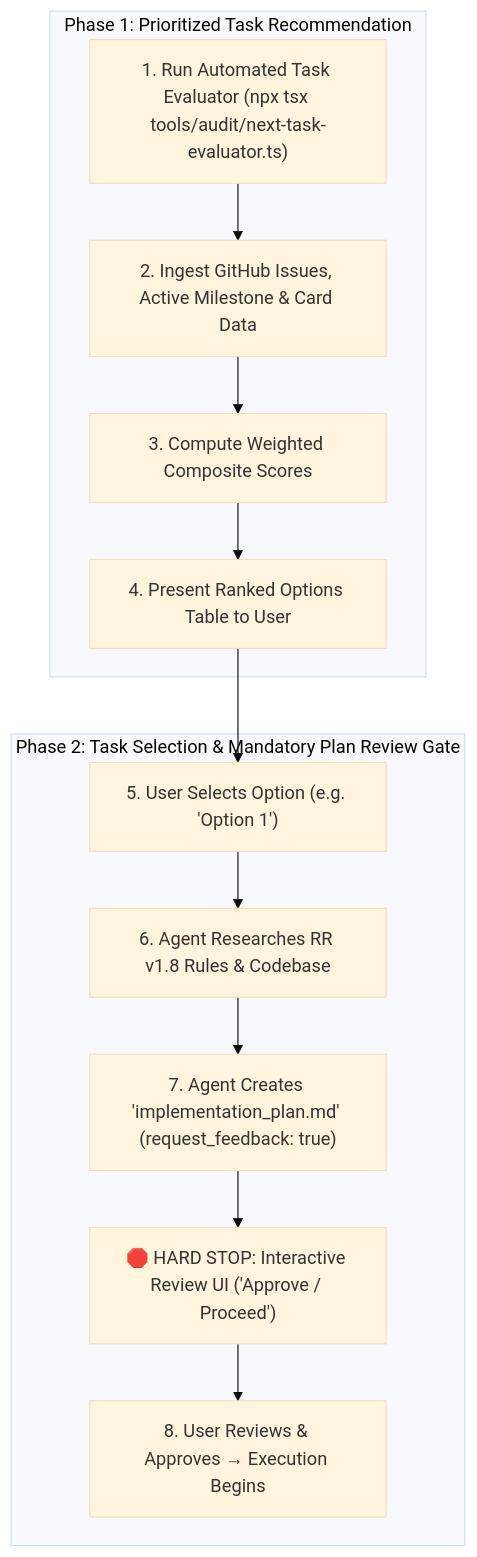
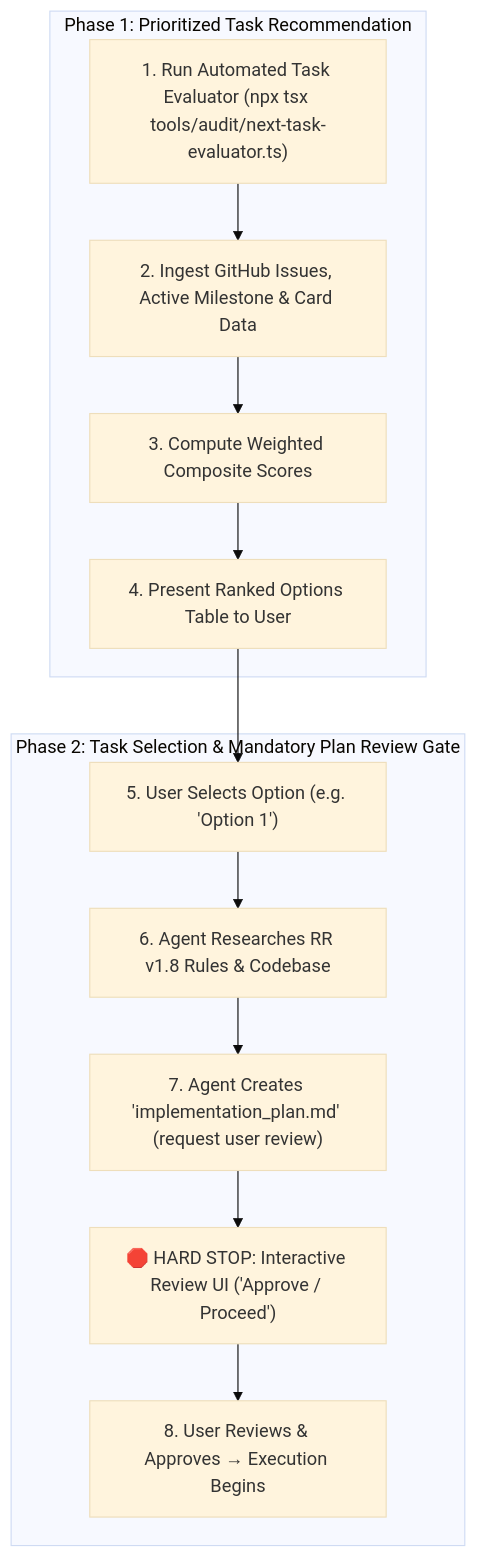
Before and after one commit to SteveRodrigue/MCD: the diagram in .agents/skills/next-task/SKILL.md, drawn with Mermaid (base theme). The commit also changed other lines of this file and 30 other files, not shown here.

````diff
--- a/.agents/skills/next-task/SKILL.md
+++ b/.agents/skills/next-task/SKILL.md
@@ -21,17 +23,17 @@
 ```mermaid
 flowchart TD
     subgraph Phase1["Phase 1: Prioritized Task Recommendation"]
         S1["1. Run Automated Task Evaluator (npx tsx tools/audit/next-task-evaluator.ts)"]
         S1 --> S2["2. Ingest GitHub Issues, Active Milestone & Card Data"]
         S2 --> S3["3. Compute Weighted Composite Scores"]
         S3 --> S4["4. Present Ranked Options Table to User"]
     end
 
     subgraph Phase2["Phase 2: Task Selection & Mandatory Plan Review Gate"]
         S4 --> S5["5. User Selects Option (e.g. 'Option 1')"]
         S5 --> S6["6. Agent Researches RR v1.8 Rules & Codebase"]
-        S6 --> S7["7. Agent Creates 'implementation_plan.md' (request_feedback: true)"]
+        S6 --> S7["7. Agent Creates 'implementation_plan.md' (request user review)"]
         S7 --> S8["🛑 HARD STOP: Interactive Review UI ('Approve / Proceed')"]
         S8 --> S9["8. User Reviews & Approves → Execution Begins"]
     end
 ```
````
